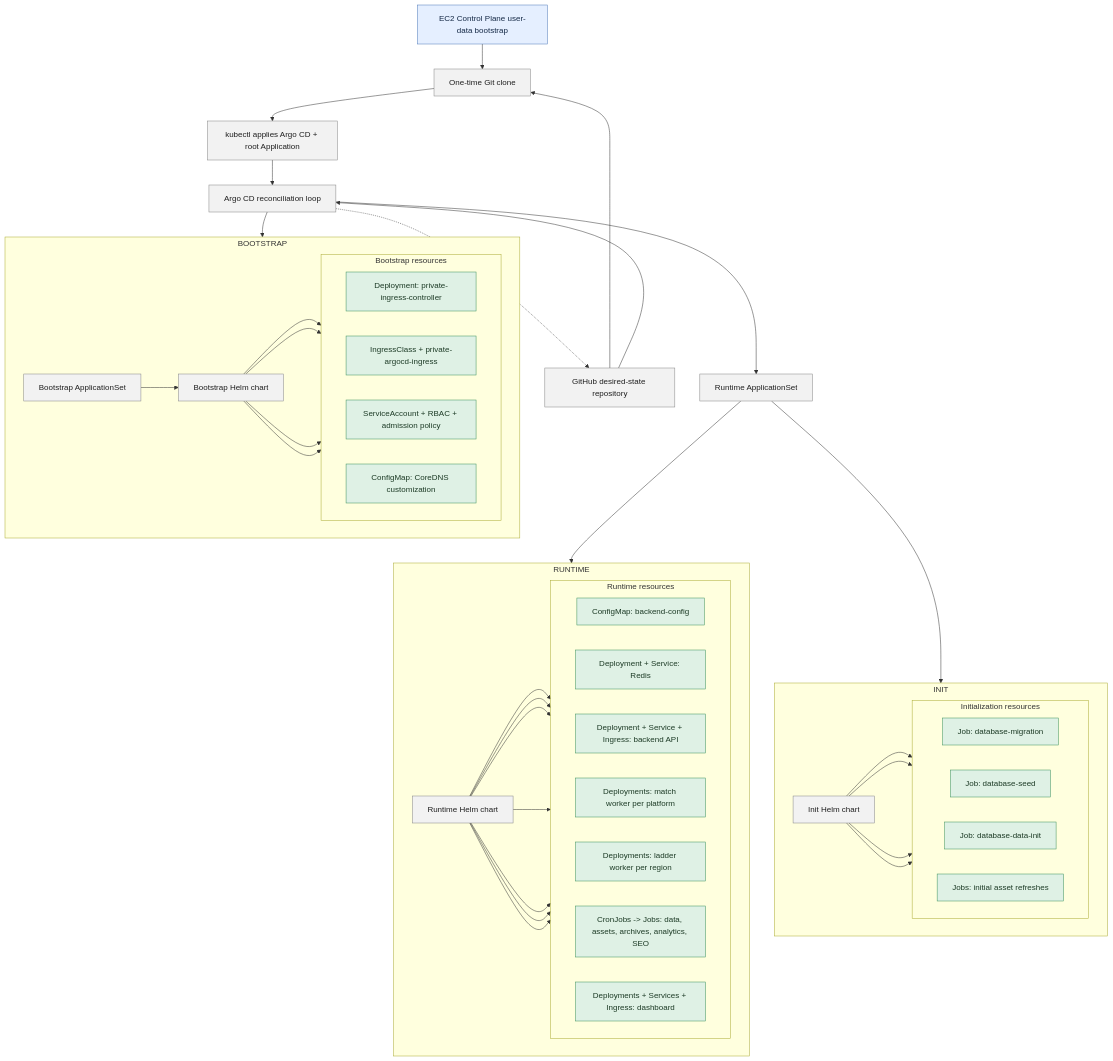
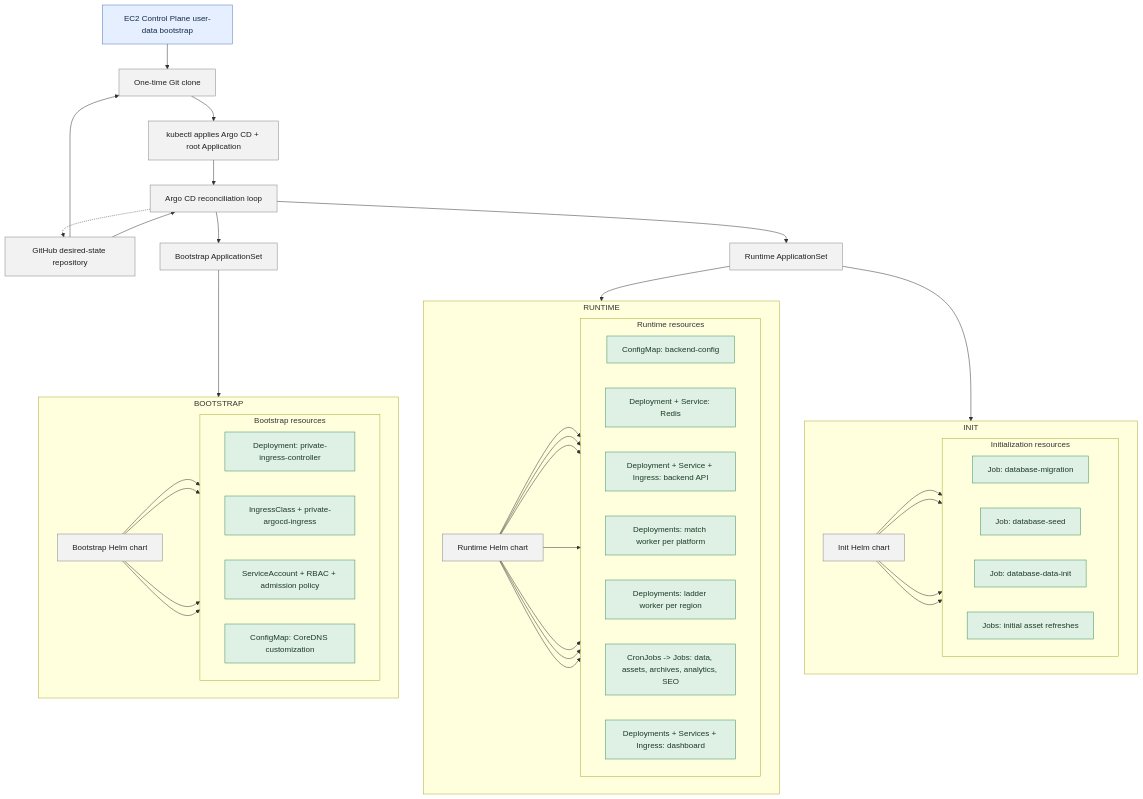
Before and after one commit to winrates-gg/wrgg-public-documentation: the second of 3 diagrams in docs/kubernetes-runtime.md, drawn with Mermaid. The commit also changed other lines of this file, not shown here.

```diff
--- a/docs/kubernetes-runtime.md
+++ b/docs/kubernetes-runtime.md
@@ -141,9 +141,13 @@
     Desired --> Argo
     Argo -.-> Desired
 
+    BootstrapSet[Bootstrap ApplicationSet]
+    RuntimeSet[Runtime ApplicationSet]
+    Argo --> BootstrapSet
+    Argo --> RuntimeSet
+
     subgraph BootstrapLayer[BOOTSTRAP]
         direction LR
-        BootstrapSet[Bootstrap ApplicationSet]
         BootstrapChart[Bootstrap Helm chart]
         subgraph BootstrapResources[Bootstrap resources]
             direction LR
@@ -152,14 +156,11 @@
             AccessResources["ServiceAccount + RBAC + admission policy"]
             DNSResource["ConfigMap: CoreDNS customization"]
         end
-        BootstrapSet --> BootstrapChart
         BootstrapChart --> IngressController
         BootstrapChart --> IngressResources
         BootstrapChart --> AccessResources
         BootstrapChart --> DNSResource
     end
-
-    RuntimeSet[Runtime ApplicationSet]
 
     subgraph InitLayer[INIT]
         direction LR
@@ -199,8 +200,7 @@
         RuntimeChart --> DashboardResources
     end
 
-    Argo --> BootstrapSet
-    Argo --> RuntimeSet
+    BootstrapSet --> BootstrapChart
     RuntimeSet --> InitChart
     RuntimeSet --> RuntimeChart
 
```
